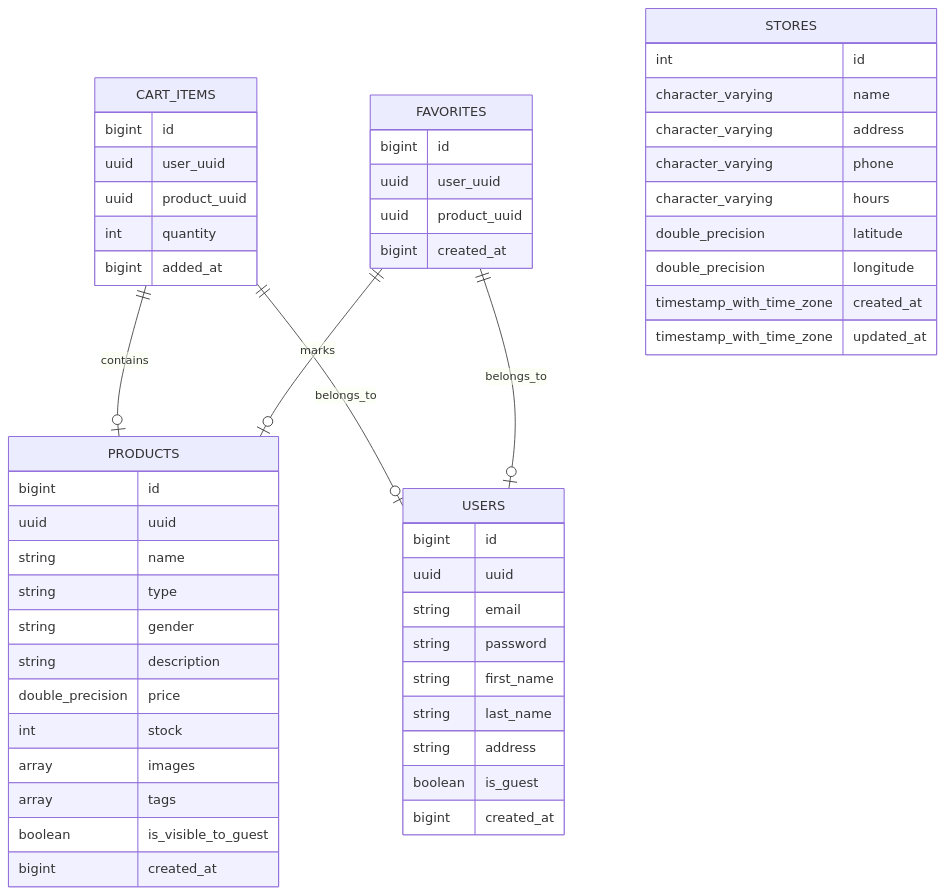
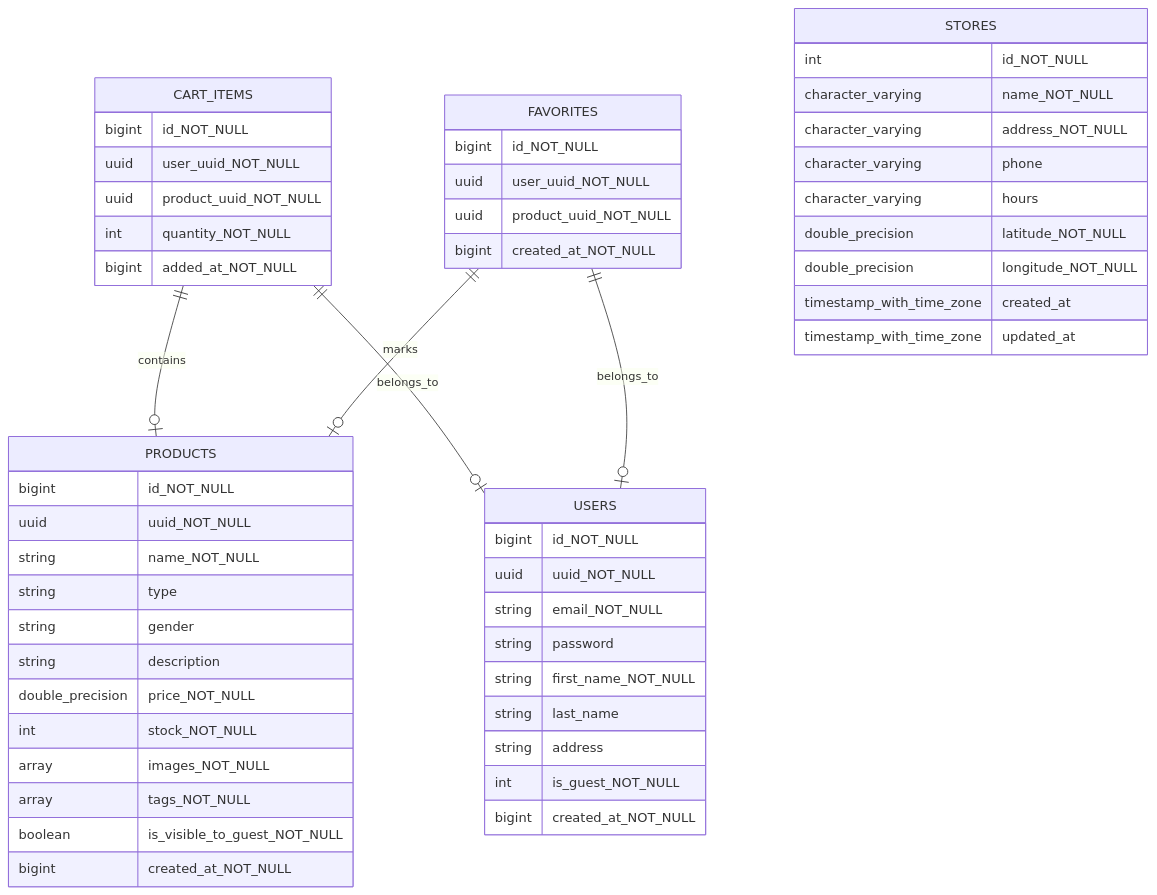
The diagram in scripting/schemas/exports/DATABASE_SCHEMA.md (emir-ucompensar/elite-couture), drawn with Mermaid before and after one commit.

Commit message:
Update DATABASE_SCHEMA with NOT NULL constraints

````diff
--- a/scripting/schemas/exports/DATABASE_SCHEMA.md
+++ b/scripting/schemas/exports/DATABASE_SCHEMA.md
@@ -7,62 +7,62 @@
 ```mermaid
 erDiagram
 
     CART_ITEMS {
-        bigint id
-        uuid user_uuid
-        uuid product_uuid
-        int quantity
-        bigint added_at
+        bigint id_NOT_NULL
+        uuid user_uuid_NOT_NULL
+        uuid product_uuid_NOT_NULL
+        int quantity_NOT_NULL
+        bigint added_at_NOT_NULL
     }
 
     FAVORITES {
-        bigint id
-        uuid user_uuid
-        uuid product_uuid
-        bigint created_at
+        bigint id_NOT_NULL
+        uuid user_uuid_NOT_NULL
+        uuid product_uuid_NOT_NULL
+        bigint created_at_NOT_NULL
     }
 
     PRODUCTS {
-        bigint id
-        uuid uuid
-        string name
+        bigint id_NOT_NULL
+        uuid uuid_NOT_NULL
+        string name_NOT_NULL
         string type
         string gender
         string description
-        double_precision price
-        int stock
-        array images
-        array tags
-        boolean is_visible_to_guest
-        bigint created_at
+        double_precision price_NOT_NULL
+        int stock_NOT_NULL
+        array images_NOT_NULL
+        array tags_NOT_NULL
+        boolean is_visible_to_guest_NOT_NULL
+        bigint created_at_NOT_NULL
     }
 
     STORES {
-        int id
-        character_varying name
-        character_varying address
+        int id_NOT_NULL
+        character_varying name_NOT_NULL
+        character_varying address_NOT_NULL
         character_varying phone
         character_varying hours
-        double_precision latitude
-        double_precision longitude
+        double_precision latitude_NOT_NULL
+        double_precision longitude_NOT_NULL
         timestamp_with_time_zone created_at
         timestamp_with_time_zone updated_at
     }
 
     USERS {
-        bigint id
-        uuid uuid
-        string email
+        bigint id_NOT_NULL
+        uuid uuid_NOT_NULL
+        string email_NOT_NULL
         string password
-        string first_name
+        string first_name_NOT_NULL
         string last_name
         string address
-        boolean is_guest
-        bigint created_at
+        int is_guest_NOT_NULL
+        bigint created_at_NOT_NULL
     }
 
     CART_ITEMS ||--o| PRODUCTS : contains
-    CART_ITEMS ||--o| USERS : belongs_to
-    FAVORITES ||--o| PRODUCTS : marks
-    FAVORITES ||--o| USERS : belongs_to
+    CART_ITEMS ||--o| USERS    : belongs_to
+    FAVORITES  ||--o| PRODUCTS : marks
+    FAVORITES  ||--o| USERS    : belongs_to
 ```
````
